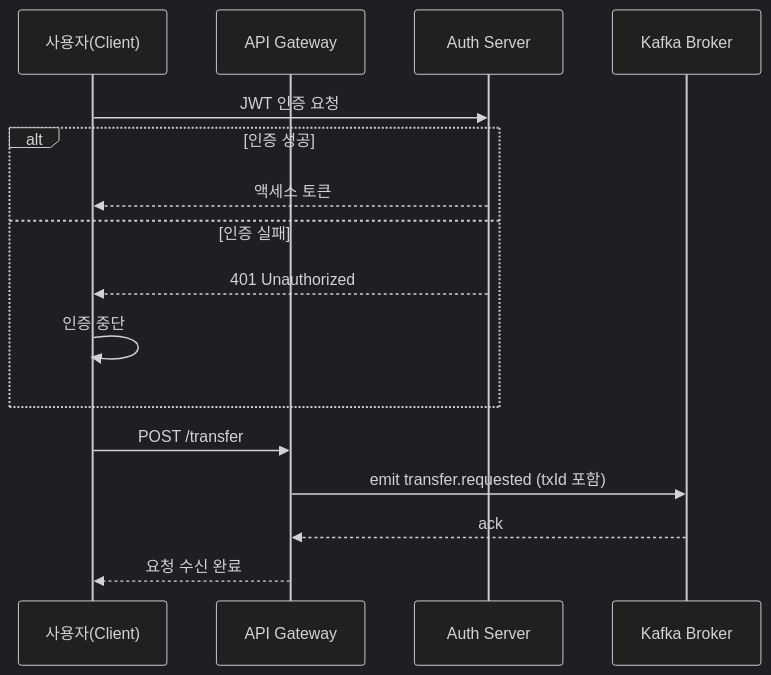
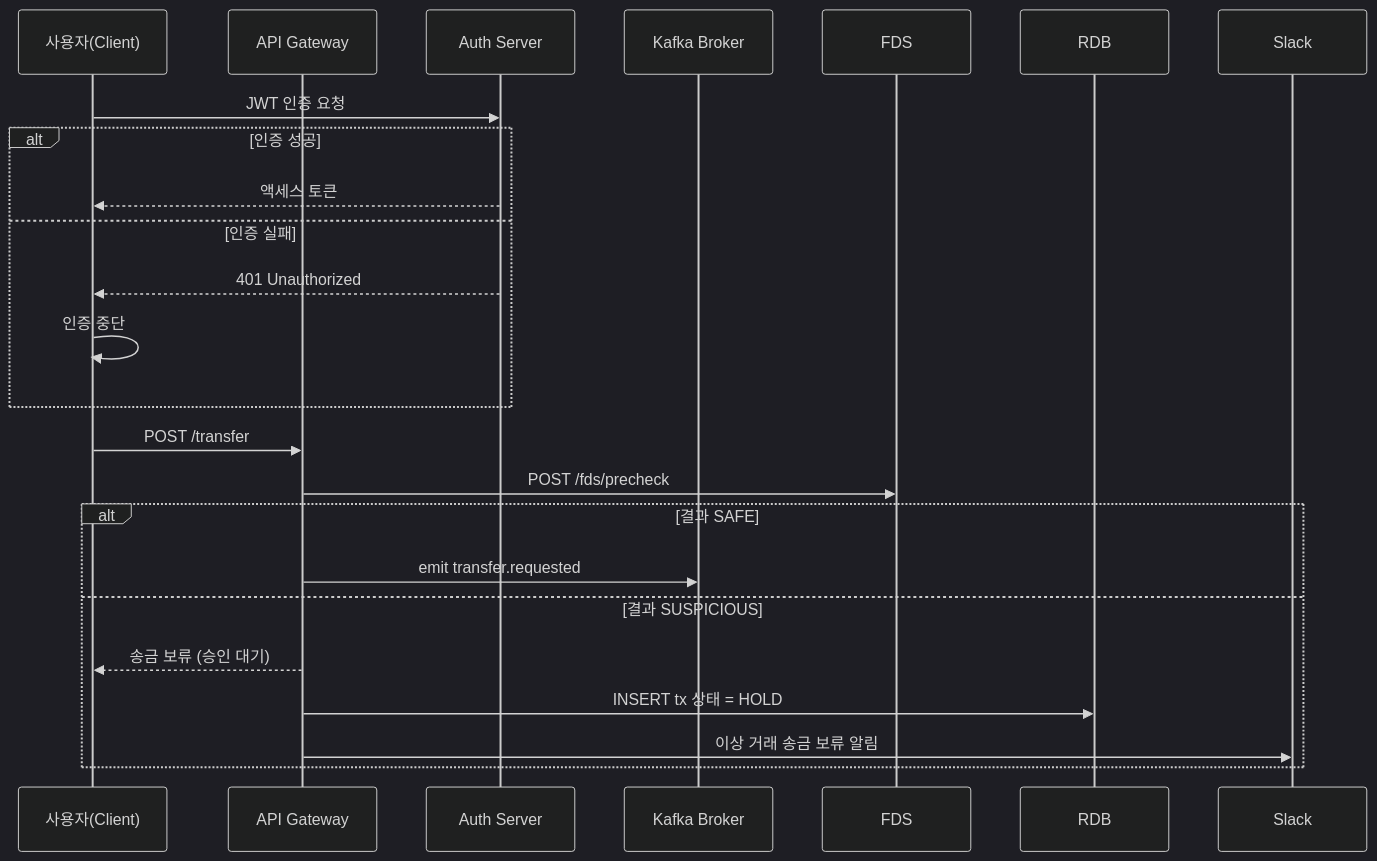
Before and after one commit to hyungkishin/FDS-System: the first of 5 diagrams in GUIDE.md, drawn with Mermaid (dark theme). The commit also changed other lines of this file, not shown here.

Commit message:
docs: 송금 요청 시 FDS precheck 사전 탐지 흐름 추가

````diff
--- a/GUIDE.md
+++ b/GUIDE.md
@@ -25,23 +25,28 @@
 ```mermaid
 sequenceDiagram
     participant Client as 사용자(Client)
     participant API as API Gateway
     participant Auth as Auth Server
     participant Kafka as Kafka Broker
 
     %% 인증
     Client->>Auth: JWT 인증 요청
     alt 인증 성공
         Auth-->>Client: 액세스 토큰
     else 인증 실패
         Auth-->>Client: 401 Unauthorized
         Client->>Client: 인증 중단
     end
 
     %% 송금 요청 → Kafka 전파
     Client->>API: POST /transfer
-    API->>Kafka: emit transfer.requested (txId 포함)
-    Kafka-->>API: ack
-    API-->>Client: 요청 수신 완료
+    API->>FDS: POST /fds/precheck
+    alt 결과 SAFE
+        API->>Kafka: emit transfer.requested
+    else 결과 SUSPICIOUS
+        API-->>Client: 송금 보류 (승인 대기)
+        API->>RDB: INSERT tx 상태 = HOLD
+        API->>Slack: 이상 거래 송금 보류 알림
+    end
 
 ```
````
